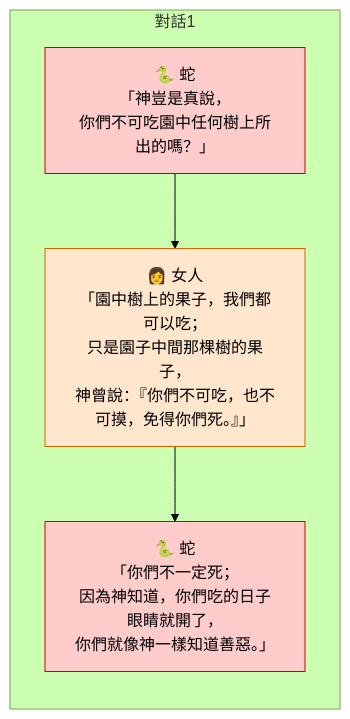
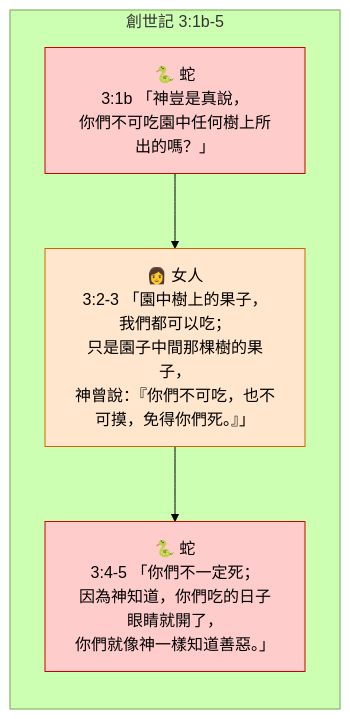
One commit to mccappsheet5804-sketch/bible-study-old-testament changed the first of 11 diagrams in 創世紀/第 03 章.md. Above: the diagram before and after it, drawn with Mermaid (forest theme). The commit also changed other lines of this file, not shown here.

````diff
--- a/創世紀/第 03 章.md
+++ b/創世紀/第 03 章.md
@@ -31,12 +33,12 @@
 ```mermaid
 flowchart LR
-    subgraph 對話1
-        S1[🐍 蛇<br>「神豈是真說，<br>你們不可吃園中任何樹上所出的嗎？」]
-        S1 --> E1[👩 女人<br>「園中樹上的果子，我們都可以吃；<br>只是園子中間那棵樹的果子，<br>神曾說：『你們不可吃，也不可摸，免得你們死。』」]
-        E1 --> S2[🐍 蛇<br>「你們不一定死；<br>因為神知道，你們吃的日子眼睛就開了，<br>你們就像神一樣知道善惡。」]
+    subgraph Dialog_1 [創世記 3:1b-5]
+        S1[🐍 蛇<br>3:1b 「神豈是真說，<br>你們不可吃園中任何樹上所出的嗎？」]
+        S1 --> E1[👩 女人<br>3:2-3 「園中樹上的果子，我們都可以吃；<br>只是園子中間那棵樹的果子，<br>神曾說：『你們不可吃，也不可摸，免得你們死。』」]
+        E1 --> S2[🐍 蛇<br>3:4-5 「你們不一定死；<br>因為神知道，你們吃的日子眼睛就開了，<br>你們就像神一樣知道善惡。」]
     end
     
     style S1 fill:#ffcccc,stroke:#cc0000
     style E1 fill:#ffe6cc,stroke:#cc6600
     style S2 fill:#ffcccc,stroke:#cc0000
 ```
````
